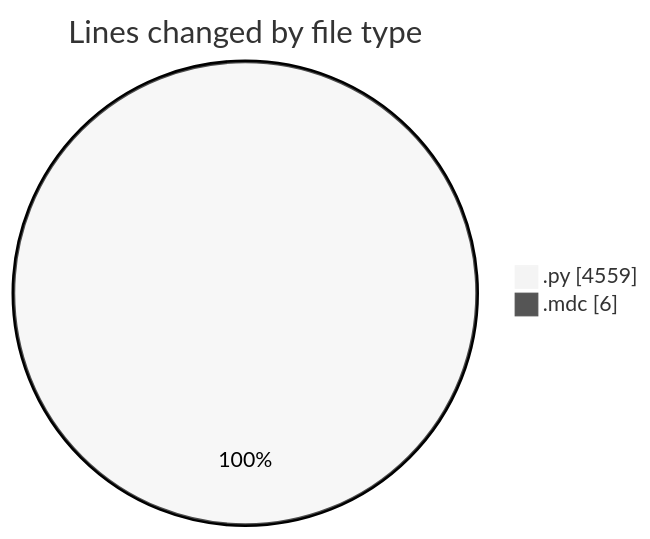
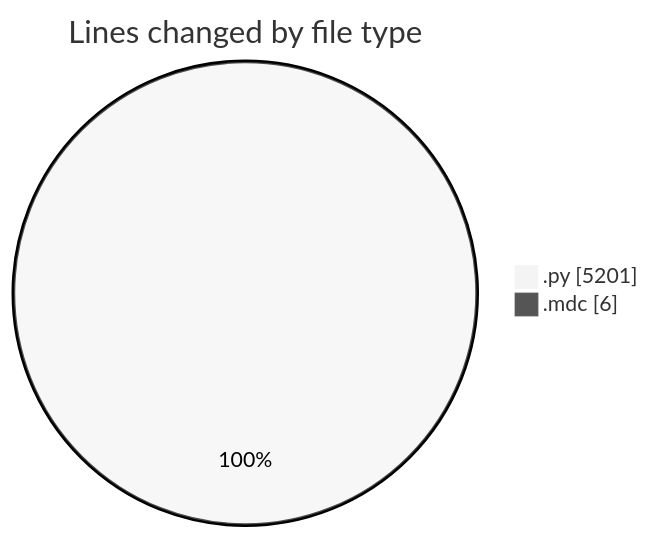
One commit to jrari/code-tracking changed the first of 2 diagrams in 2025-07-15/telebot/README.md. Above: the diagram before and after it, drawn with Mermaid (neutral theme). The commit also changed other lines of this file and 1 other file, not shown here.

````diff
--- a/2025-07-15/telebot/README.md
+++ b/2025-07-15/telebot/README.md
@@ -27,6 +28,6 @@
 ```mermaid
 pie showData
 title Lines changed by file type
-".py" : 4559
+".py" : 5201
 ".mdc" : 6
 ```
````
